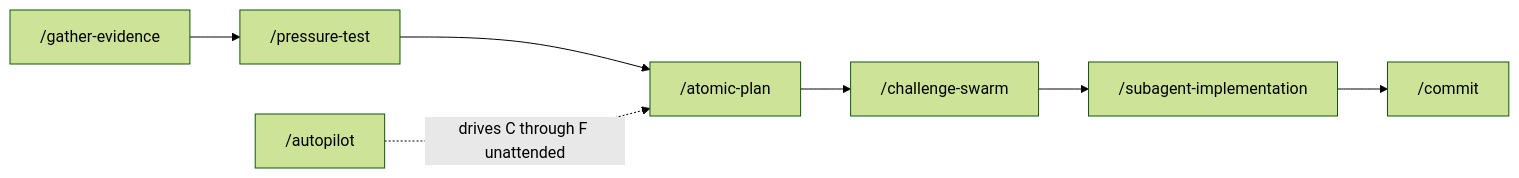
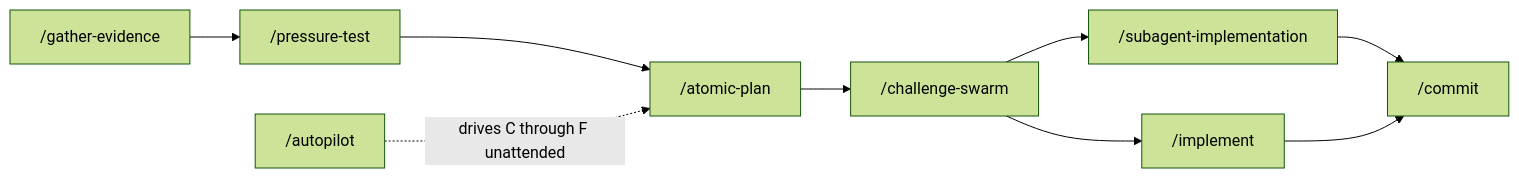
One commit to damusix/atomic-claude changed the first of 7 diagrams in docs/wiki/workflow.md. Above: the diagram before and after it, drawn with Mermaid (forest theme). The commit also changed other lines of this file and 3 other files, not shown here.

````diff
--- a/docs/wiki/workflow.md
+++ b/docs/wiki/workflow.md
@@ -23,9 +23,11 @@
 ```mermaid
 flowchart LR
     A["/gather-evidence"] --> B["/pressure-test"]
     B --> C["/atomic-plan"]
     C --> D["/challenge-swarm"]
     D --> E["/subagent-implementation"]
+    D --> H["/implement"]
     E --> F["/commit"]
+    H --> F
     G["/autopilot"] -. drives C through F unattended .-> C
 ```
````
